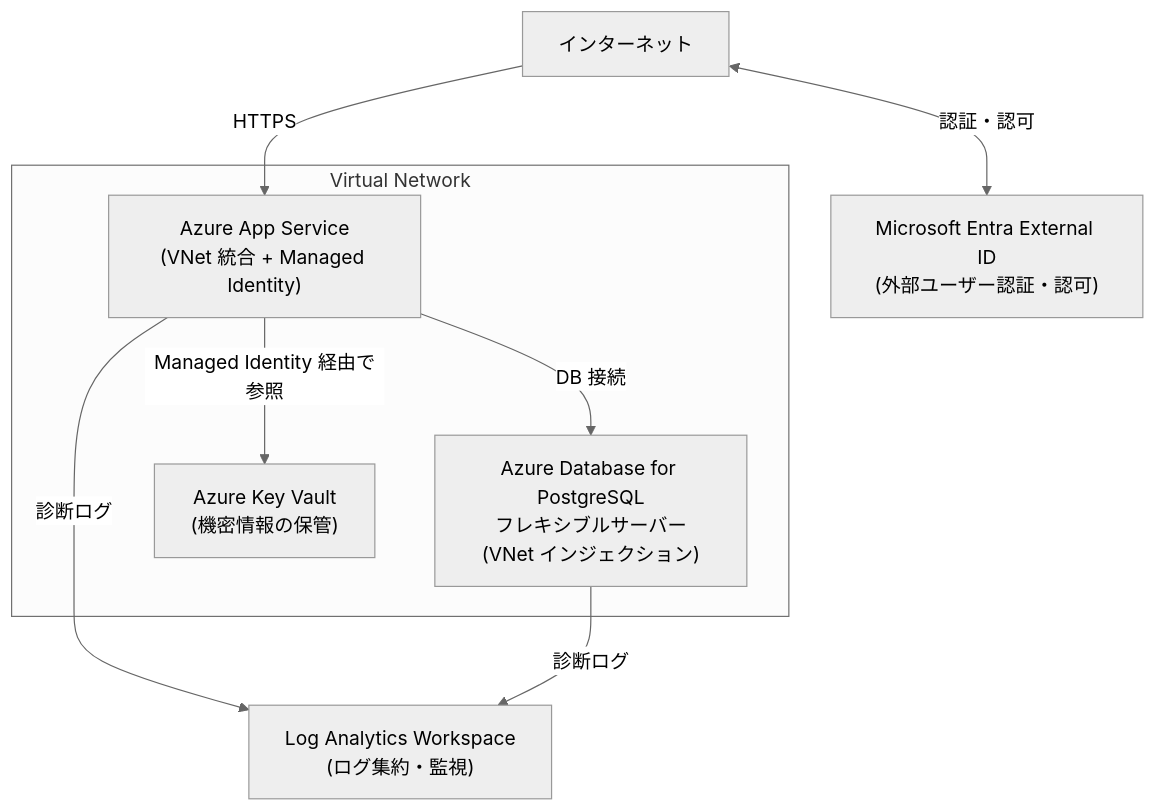
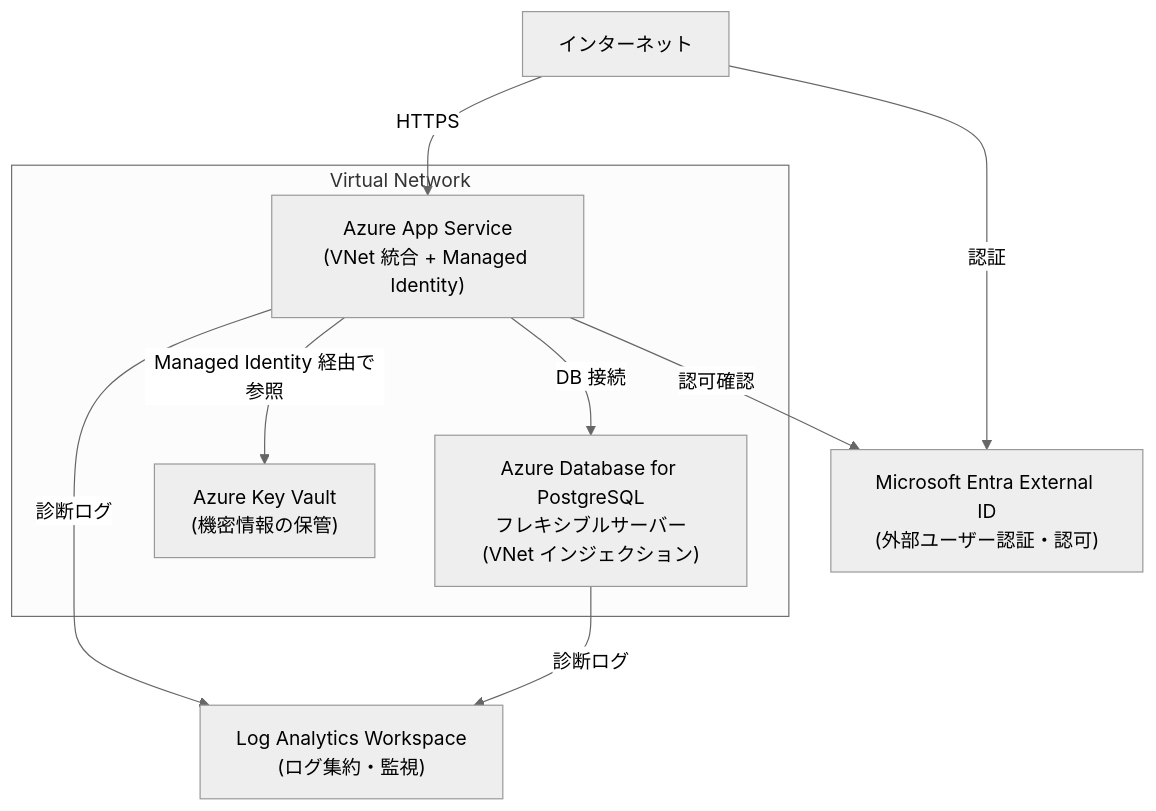
The diagram in README.md (hoshino2501/azure-webapp-infra), drawn with Mermaid (neutral theme) before and after one commit. The commit also changed other lines of this file, not shown here.

Commit message:
docs: アーキテクチャ概要の矛盾を修正
- EntraID への接続を双方向から一方向に修正し、App Service からの認可確認の接続線を追加
- Virtual Network の説明から App Service を除外し、PostgreSQL・Key Vault のみインターネット非公開と明記

````diff
--- a/README.md
+++ b/README.md
@@ -7,20 +7,21 @@
 ```mermaid
 graph TB
     Internet["インターネット"]
     EntraID["Microsoft Entra External ID<br/>(外部ユーザー認証・認可)"]
 
     subgraph VNet["Virtual Network"]
         AppService["Azure App Service<br/>(VNet 統合 + Managed Identity)"]
         PostgreSQL["Azure Database for PostgreSQL<br/>フレキシブルサーバー<br/>(VNet インジェクション)"]
         KeyVault["Azure Key Vault<br/>(機密情報の保管)"]
     end
 
     LogAnalytics["Log Analytics Workspace<br/>(ログ集約・監視)"]
 
     Internet -->|HTTPS| AppService
-    Internet <-->|認証・認可| EntraID
+    Internet -->|認証| EntraID
+    AppService -->|認可確認| EntraID
     AppService -->|DB 接続| PostgreSQL
     AppService -->|Managed Identity 経由で参照| KeyVault
     AppService -->|診断ログ| LogAnalytics
     PostgreSQL -->|診断ログ| LogAnalytics
 ```
````
